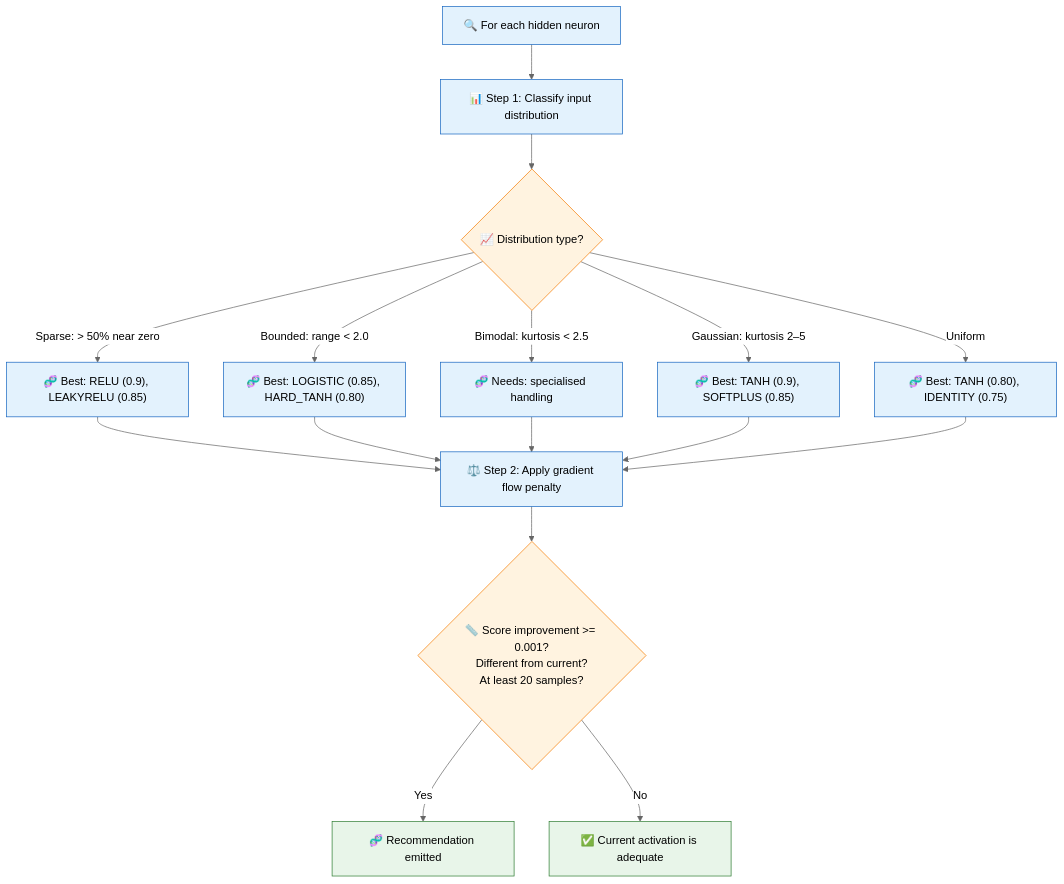
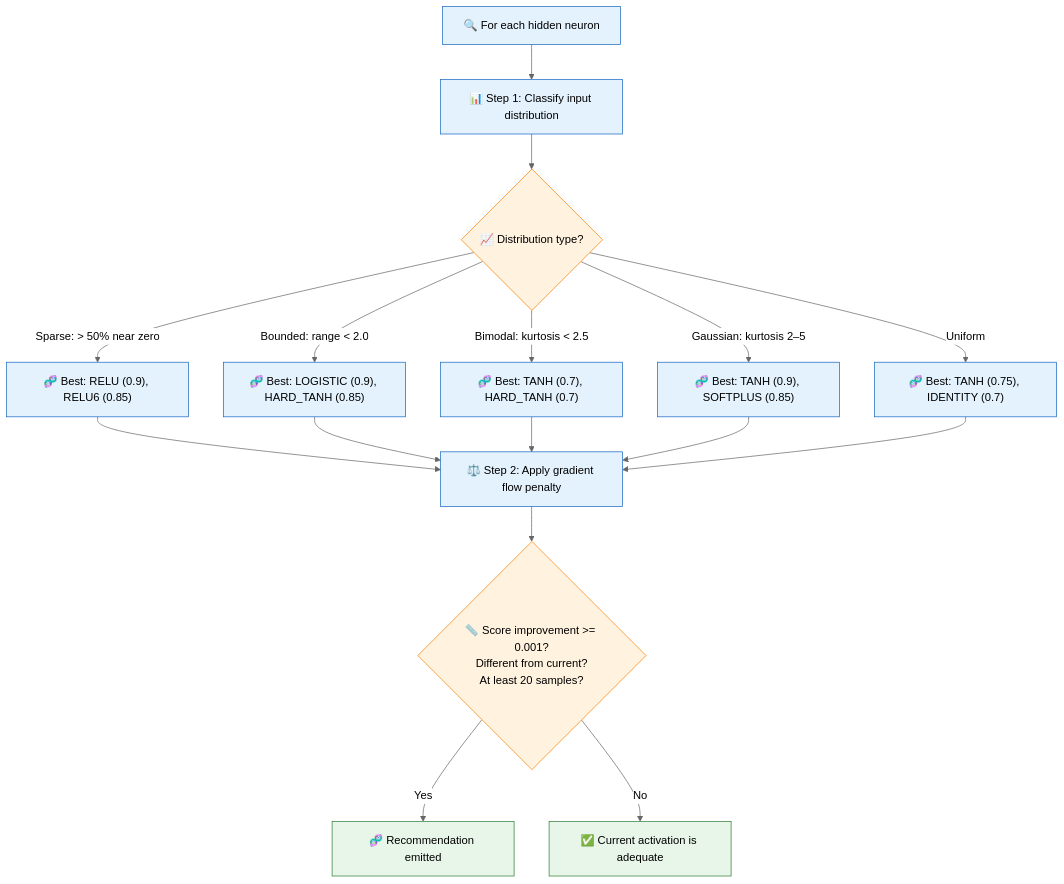
The second of 3 diagrams in docs/discoveries/activation-recommendation.md (stSoftwareAU/NEAT-AI-Discovery), drawn with Mermaid (neutral theme) before and after one commit. The commit also changed other lines of this file and 9 other files, not shown here.

````diff
--- a/docs/discoveries/activation-recommendation.md
+++ b/docs/discoveries/activation-recommendation.md
@@ -57,30 +57,30 @@
 ```mermaid
 flowchart TD
     A["🔍 For each hidden neuron"] --> B["📊 Step 1: Classify input distribution"]
     B --> C{"📈 Distribution type?"}
-    C -->|"Sparse: > 50% near zero"| D1["🧬 Best: RELU (0.9), LEAKYRELU (0.85)"]
-    C -->|"Bounded: range < 2.0"| D2["🧬 Best: LOGISTIC (0.85), HARD_TANH (0.80)"]
-    C -->|"Bimodal: kurtosis < 2.5"| D3["🧬 Needs: specialised handling"]
+    C -->|"Sparse: > 50% near zero"| D1["🧬 Best: RELU (0.9), RELU6 (0.85)"]
+    C -->|"Bounded: range < 2.0"| D2["🧬 Best: LOGISTIC (0.9), HARD_TANH (0.85)"]
+    C -->|"Bimodal: kurtosis < 2.5"| D3["🧬 Best: TANH (0.7), HARD_TANH (0.7)"]
     C -->|"Gaussian: kurtosis 2–5"| D4["🧬 Best: TANH (0.9), SOFTPLUS (0.85)"]
-    C -->|"Uniform"| D5["🧬 Best: TANH (0.80), IDENTITY (0.75)"]
+    C -->|"Uniform"| D5["🧬 Best: TANH (0.75), IDENTITY (0.7)"]
     D1 --> E["⚖️ Step 2: Apply gradient flow penalty"]
     D2 --> E
     D3 --> E
     D4 --> E
     D5 --> E
     E --> F{"📏 Score improvement >= 0.001?<br/>Different from current?<br/>At least 20 samples?"}
     F -->|"Yes"| G["🧬 Recommendation emitted"]
     F -->|"No"| H["✅ Current activation is adequate"]
     style A fill:#e3f2fd,stroke:#1565c0,color:#000
     style B fill:#e3f2fd,stroke:#1565c0,color:#000
     style C fill:#fff3e0,stroke:#f57c00,color:#000
     style D1 fill:#e3f2fd,stroke:#1565c0,color:#000
     style D2 fill:#e3f2fd,stroke:#1565c0,color:#000
     style D3 fill:#e3f2fd,stroke:#1565c0,color:#000
     style D4 fill:#e3f2fd,stroke:#1565c0,color:#000
     style D5 fill:#e3f2fd,stroke:#1565c0,color:#000
     style E fill:#e3f2fd,stroke:#1565c0,color:#000
     style F fill:#fff3e0,stroke:#f57c00,color:#000
     style G fill:#e8f5e9,stroke:#2e7d32,color:#000
     style H fill:#e8f5e9,stroke:#2e7d32,color:#000
 ```
````
